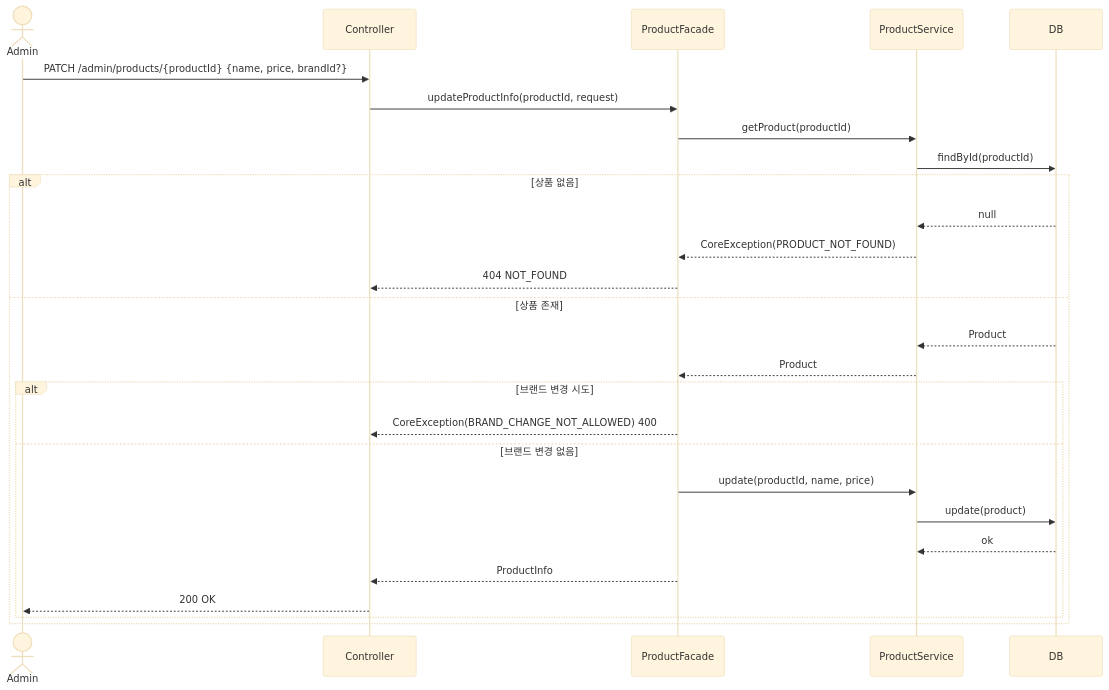
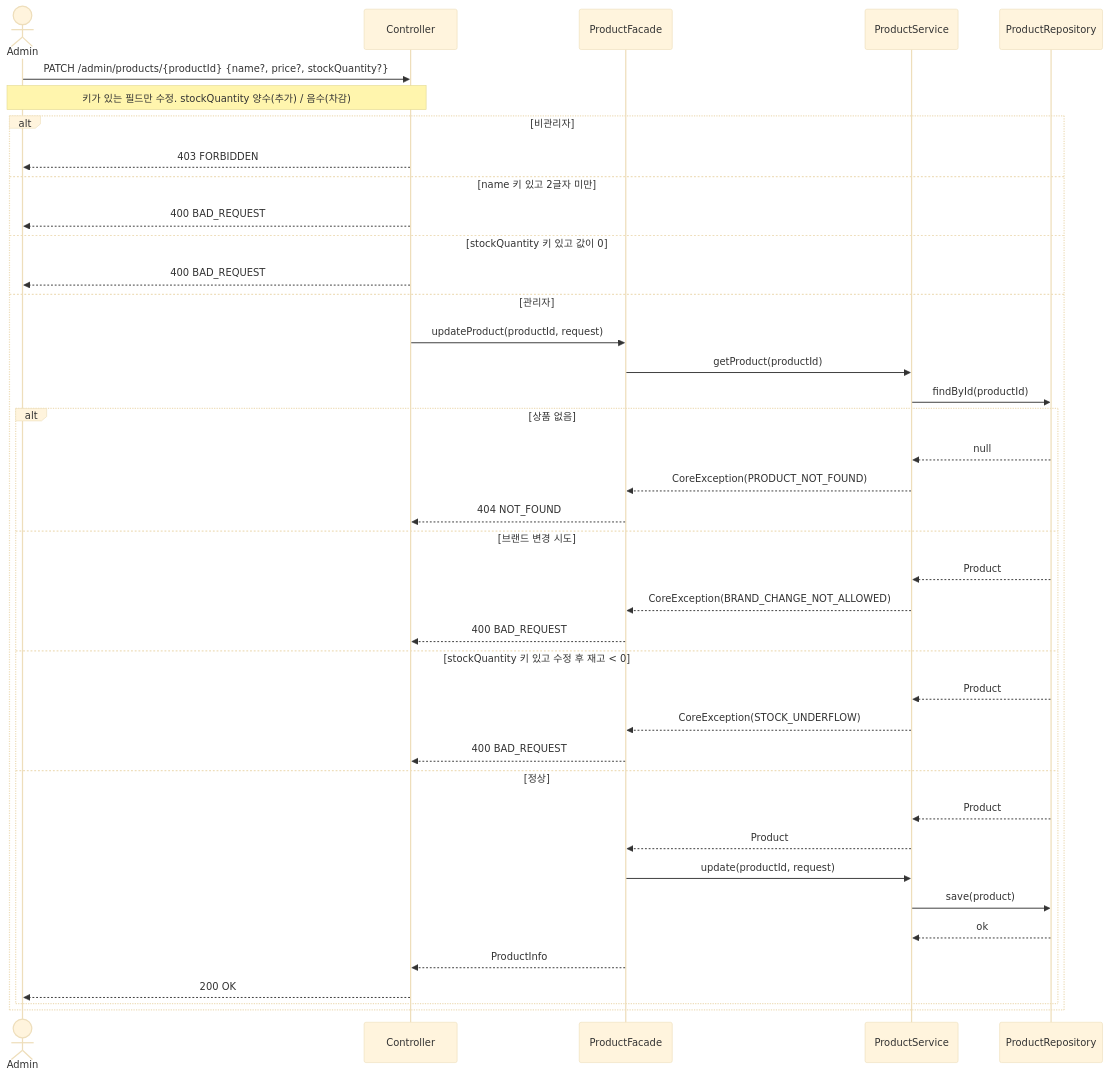
The fourth of 4 diagrams in docs/design/02-sequence-diagrams.md (loopers-labs/loop-pack-be-l2-vol4-java), drawn with Mermaid (base theme) before and after one commit. The commit also changed other lines of this file, not shown here.

Commit message:
docs : 시퀸스 다이어그램 작성

````diff
--- a/docs/design/02-sequence-diagrams.md
+++ b/docs/design/02-sequence-diagrams.md
@@ -161,33 +177,46 @@
 ```mermaid
 sequenceDiagram
     actor Admin
     participant Controller
     participant ProductFacade
     participant ProductService
-    participant DB
+    participant ProductRepository
 
-    Admin->>Controller: PATCH /admin/products/{productId} {name, price, brandId?}
-    Controller->>ProductFacade: updateProductInfo(productId, request)
+    Admin->>Controller: PATCH /admin/products/{productId} {name?, price?, stockQuantity?}
+    Note over Admin,Controller: 키가 있는 필드만 수정. stockQuantity 양수(추가) / 음수(차감)
 
-    ProductFacade->>ProductService: getProduct(productId)
-    ProductService->>DB: findById(productId)
+    alt 비관리자
+        Controller-->>Admin: 403 FORBIDDEN
+    else name 키 있고 2글자 미만
+        Controller-->>Admin: 400 BAD_REQUEST
+    else stockQuantity 키 있고 값이 0
+        Controller-->>Admin: 400 BAD_REQUEST
+    else 관리자
+        Controller->>ProductFacade: updateProduct(productId, request)
 
-    alt 상품 없음
-        DB-->>ProductService: null
-        ProductService-->>ProductFacade: CoreException(PRODUCT_NOT_FOUND)
-        ProductFacade-->>Controller: 404 NOT_FOUND
-    else 상품 존재
-        DB-->>ProductService: Product
-        ProductService-->>ProductFacade: Product
+        ProductFacade->>ProductService: getProduct(productId)
+        ProductService->>ProductRepository: findById(productId)
 
-        alt 브랜드 변경 시도
-            ProductFacade-->>Controller: CoreException(BRAND_CHANGE_NOT_ALLOWED) 400
-        else 브랜드 변경 없음
-            ProductFacade->>ProductService: update(productId, name, price)
-            ProductService->>DB: update(product)
-            DB-->>ProductService: ok
+        alt 상품 없음
+            ProductRepository-->>ProductService: null
+            ProductService-->>ProductFacade: CoreException(PRODUCT_NOT_FOUND)
+            ProductFacade-->>Controller: 404 NOT_FOUND
+        else 브랜드 변경 시도
+            ProductRepository-->>ProductService: Product
+            ProductService-->>ProductFacade: CoreException(BRAND_CHANGE_NOT_ALLOWED)
+            ProductFacade-->>Controller: 400 BAD_REQUEST
+        else stockQuantity 키 있고 수정 후 재고 < 0
+            ProductRepository-->>ProductService: Product
+            ProductService-->>ProductFacade: CoreException(STOCK_UNDERFLOW)
+            ProductFacade-->>Controller: 400 BAD_REQUEST
+        else 정상
+            ProductRepository-->>ProductService: Product
+            ProductService-->>ProductFacade: Product
+            ProductFacade->>ProductService: update(productId, request)
+            ProductService->>ProductRepository: save(product)
+            ProductRepository-->>ProductService: ok
             ProductFacade-->>Controller: ProductInfo
             Controller-->>Admin: 200 OK
         end
     end
 ```
````
